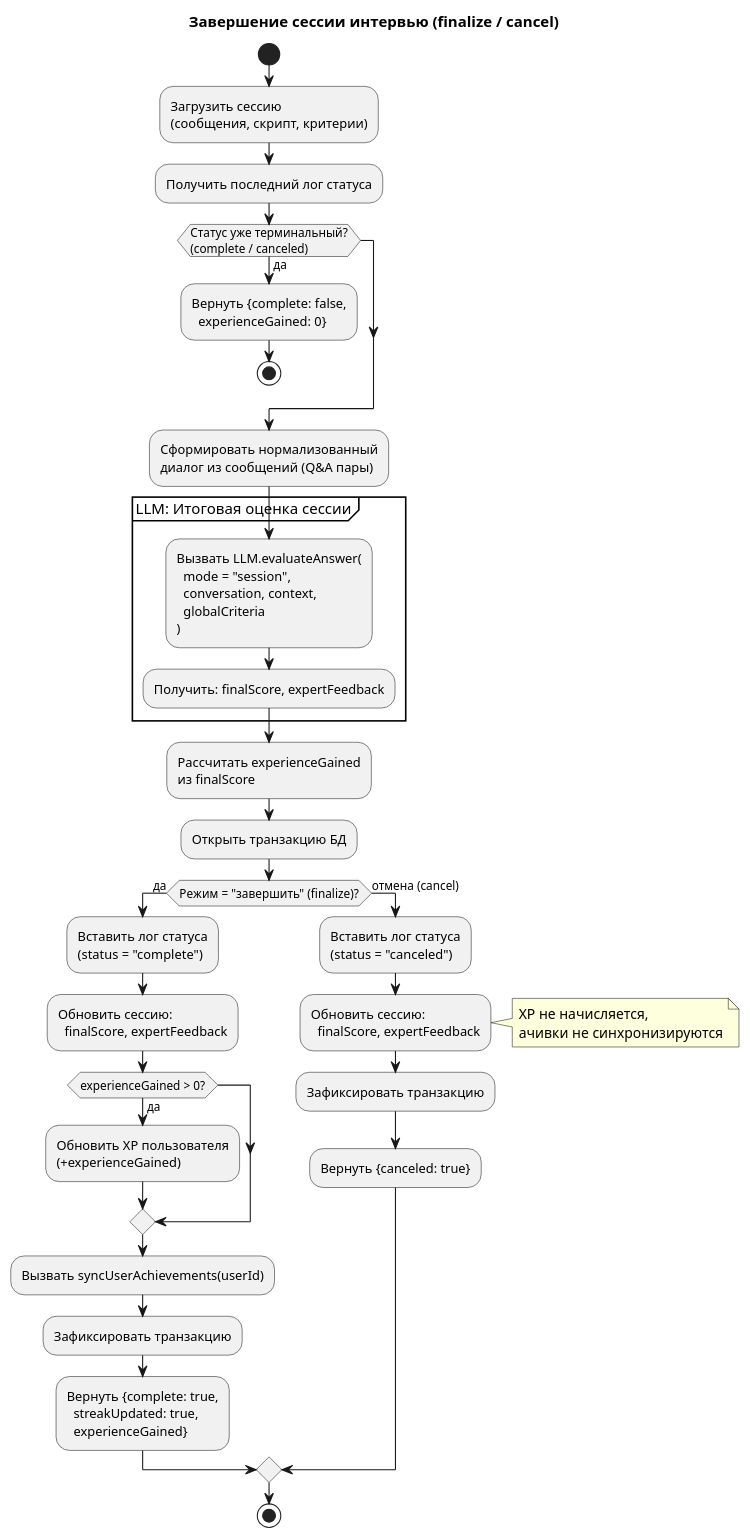
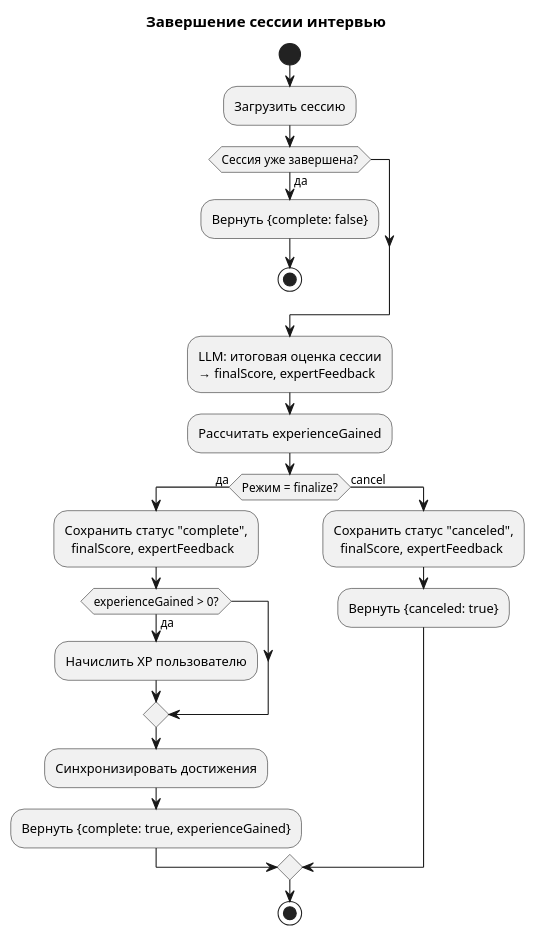
One commit to nifle3/diplom_work changed the diagram in docs/activity/03_finalize_session.puml. Above: the diagram before and after it, drawn with PlantUML. The commit also changed 10 other files, not shown here.

Commit message:
update activity diagram

```diff
--- a/docs/activity/03_finalize_session.puml
+++ b/docs/activity/03_finalize_session.puml
@@ -1,50 +1,33 @@
 @startuml 03_finalize_session
-title Завершение сессии интервью (finalize / cancel)
+title Завершение сессии интервью
 
 start
 
-:Загрузить сессию\n(сообщения, скрипт, критерии);
+:Загрузить сессию;
 
-:Получить последний лог статуса;
-
-if (Статус уже терминальный?\n(complete / canceled)) then (да)
-  :Вернуть {complete: false,\n  experienceGained: 0};
+if (Сессия уже завершена?) then (да)
+  :Вернуть {complete: false};
   stop
 endif
 
-:Сформировать нормализованный\nдиалог из сообщений (Q&A пары);
+:LLM: итоговая оценка сессии\n→ finalScore, expertFeedback;
 
-partition "LLM: Итоговая оценка сессии" {
-  :Вызвать LLM.evaluateAnswer(\n  mode = "session",\n  conversation, context,\n  globalCriteria\n);
-  :Получить: finalScore, expertFeedback;
-}
+:Рассчитать experienceGained;
 
-:Рассчитать experienceGained\nиз finalScore;
-
-:Открыть транзакцию БД;
-
-if (Режим = "завершить" (finalize)?) then (да)
-  :Вставить лог статуса\n(status = "complete");
-  :Обновить сессию:\n  finalScore, expertFeedback;
+if (Режим = finalize?) then (да)
+  :Сохранить статус "complete",\n  finalScore, expertFeedback;
 
   if (experienceGained > 0?) then (да)
-    :Обновить XP пользователя\n(+experienceGained);
+    :Начислить XP пользователю;
   endif
 
-  :Вызвать syncUserAchievements(userId);
-  :Зафиксировать транзакцию;
-  :Вернуть {complete: true,\n  streakUpdated: true,\n  experienceGained};
+  :Синхронизировать достижения;
+  :Вернуть {complete: true, experienceGained};
 
-else (отмена (cancel))
-  :Вставить лог статуса\n(status = "canceled");
-  :Обновить сессию:\n  finalScore, expertFeedback;
-  note right
-    XP не начисляется,
-    ачивки не синхронизируются
-  end note
-  :Зафиксировать транзакцию;
+else (cancel)
+  :Сохранить статус "canceled",\n  finalScore, expertFeedback;
   :Вернуть {canceled: true};
 endif
 
 stop
 @enduml
```
